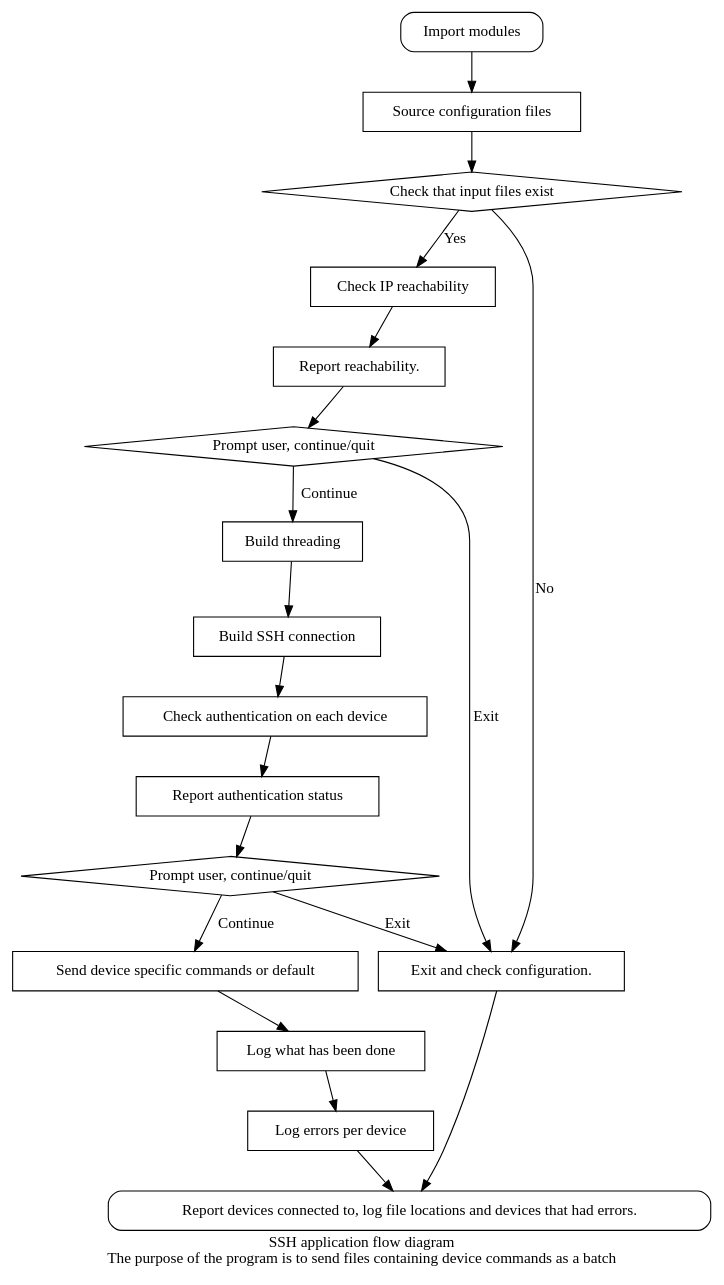
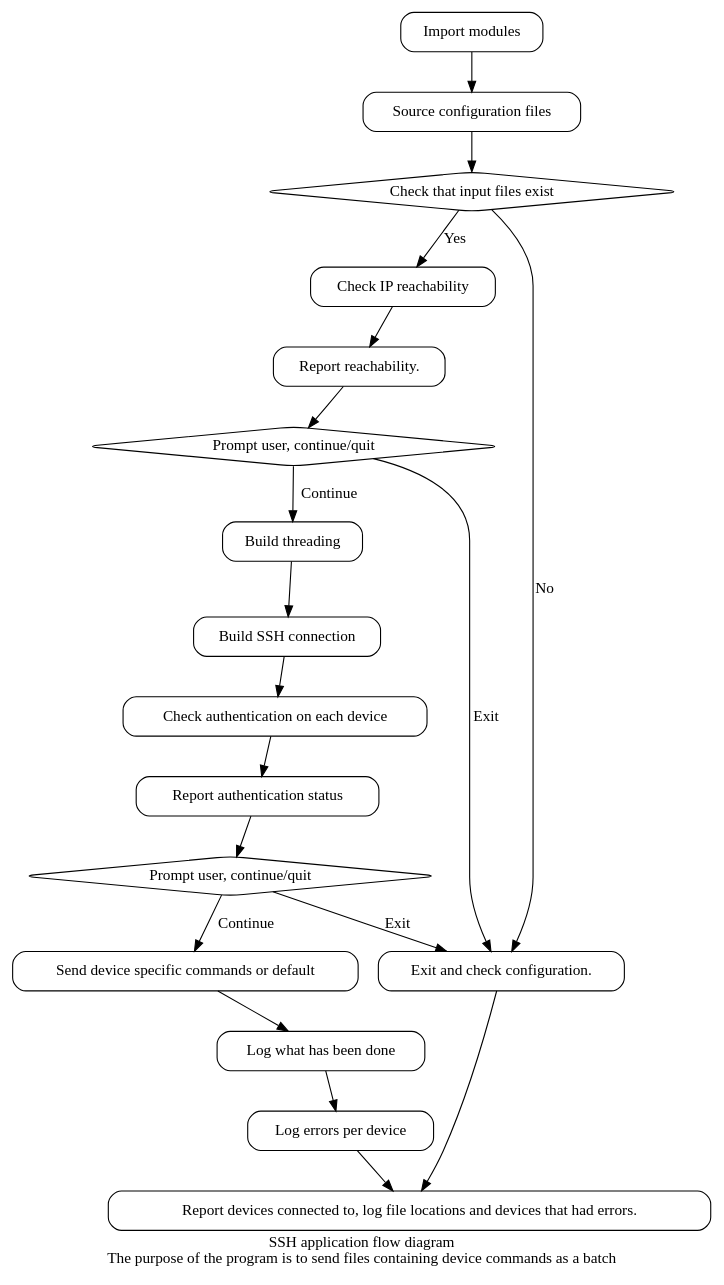
The diagram in projects/ssh_telnet/ssh_flowchart.dot (EuanBuchanan/PythonNetworkEngineering), drawn with Graphviz before and after one commit. The commit also changed 1 other file, not shown here.

```diff
--- a/projects/ssh_telnet/ssh_flowchart.dot
+++ b/projects/ssh_telnet/ssh_flowchart.dot
@@ -1,41 +1,46 @@
 digraph {
 label = "SSH application flow diagram\nThe purpose of the program is to send files containing device commands as a batch"
-import  [ shape = "box", style = "rounded" label = "Import modules" ];
-source_files  [  shape = "box" label = "Source configuration files" ]
-source_files_okay [ shape = "diamond" label = "Check that input files exist" ]
-check_reachability  [ shape = "box" label = "Check IP reachability" ]
-report_reachability [ shape = "box" label = "Report reachability." ]
-ip_prompt_continue [ shape = "diamond" label = "Prompt user, continue/quit" ]
-auth_prompt_continue [ shape = "diamond" label = "Prompt user, continue/quit" ]
-build_threading [ shape = "box" label = "Build threading"]
-ssh_connection  [ shape = "box" label = "Build SSH connection" ]
-check_authentication  [ shape = "box" label = "Check authentication on each device" ]
-authentication_report [ shape = "box" label = "Report authentication status" ]
-send_device_commands  [ shape = "box" label = "Send device specific commands or default" ]
-record_device_output [ shape = "box" label = "Log what has been done" ]
-parse_device_command_error [ shape = "box" label = "Log errors per device" ]
-job_report [ shape = "box", style = "rounded" label = "Report devices connected to, log file locations and devices that had errors." ]
-exit [ shape = "box" label = "Exit and check configuration." ]
+node [ shape = "box", style = "rounded" ]
+  import  [ label = "Import modules" ];
+  job_report [ label = "Report devices connected to, log file locations and devices that had errors." ]
+
+node [ shape = "box" ]
+  source_files  [   label = "Source configuration files" ]
+  check_reachability  [  label = "Check IP reachability" ]
+  report_reachability [  label = "Report reachability." ]
+  build_threading [  label = "Build threading"]
+  ssh_connection  [  label = "Build SSH connection" ]
+  check_authentication  [  label = "Check authentication on each device" ]
+  authentication_report [  label = "Report authentication status" ]
+  send_device_commands  [  label = "Send device specific commands or default" ]
+  record_device_output [  label = "Log what has been done" ]
+  parse_device_command_error [  label = "Log errors per device" ]
+  exit [  label = "Exit and check configuration." ]
+
+node [ shape = "diamond" ]
+  source_files_okay [  label = "Check that input files exist" ]
+  ip_prompt_continue [  label = "Prompt user, continue/quit" ]
+  auth_prompt_continue [  label = "Prompt user, continue/quit" ]
 
 
 
 
 import -> source_files
 source_files -> source_files_okay
 source_files_okay -> check_reachability [ label = "Yes" ]
 source_files_okay -> exit [ label = "No" ]
 check_reachability -> report_reachability
 report_reachability -> ip_prompt_continue
 ip_prompt_continue -> build_threading [ label = "Continue" ]
 ip_prompt_continue -> exit [ label = "Exit" ] 
 build_threading -> ssh_connection
 ssh_connection -> check_authentication
 check_authentication -> authentication_report
 authentication_report -> auth_prompt_continue
 auth_prompt_continue -> send_device_commands [ label = "Continue" ]
 auth_prompt_continue -> exit [ label = "Exit" ] 
 send_device_commands -> record_device_output
 record_device_output -> parse_device_command_error
 parse_device_command_error -> job_report
 exit -> job_report
 }
```
